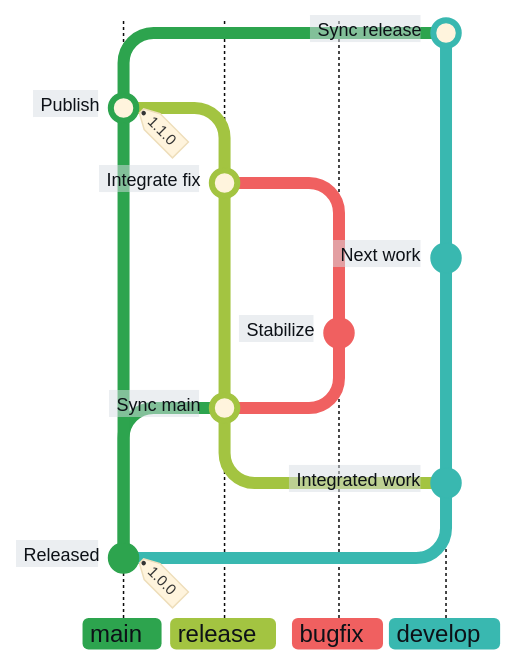
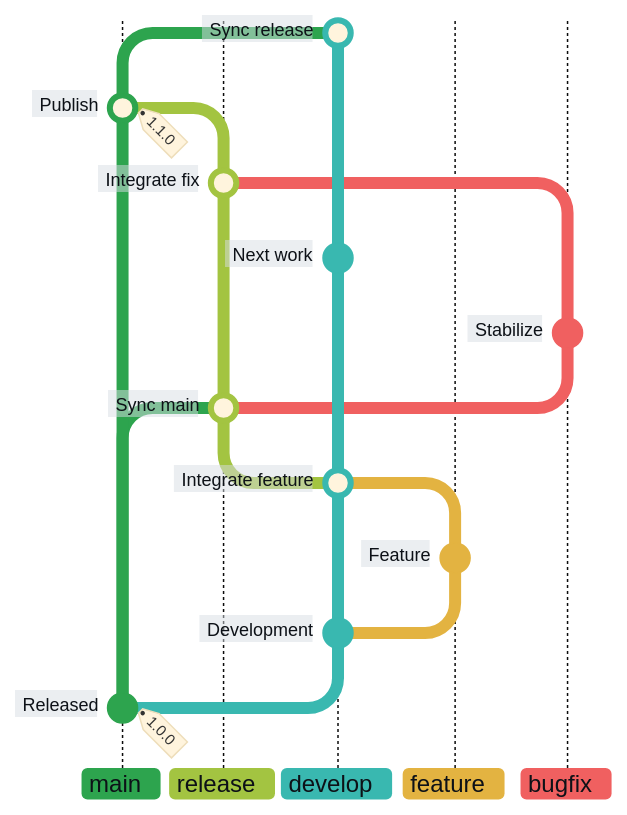
Before and after one commit to superhero/operations.superduper.solutions: the first of 3 diagrams in docs/adr/cicd.md, drawn with Mermaid. The commit also changed other lines of this file, not shown here.

Commit message:
docs: order Gitflow lanes and separate documentation changes

````diff
--- a/docs/adr/cicd.md
+++ b/docs/adr/cicd.md
@@ -73,25 +45,30 @@
 ```mermaid
 %%{init: {"theme": "base", "gitGraph": {"showCommitLabel": true, "rotateCommitLabel": false}, "themeVariables": {
     "commitLabelFontSize": "12px", "commitLabelColor": "#0D1117", "commitLabelBackground": "#D8DEE4",
     "git0": "#2DA44E", "gitBranchLabel0": "#0D1117",
     "git1": "#A3C441", "gitBranchLabel1": "#0D1117",
-    "git2": "#F06060", "gitBranchLabel2": "#0D1117",
-    "git3": "#39B8B0", "gitBranchLabel3": "#0D1117"
+    "git2": "#39B8B0", "gitBranchLabel2": "#0D1117",
+    "git3": "#E3B341", "gitBranchLabel3": "#0D1117",
+    "git4": "#F06060", "gitBranchLabel4": "#0D1117"
 }}}%%
 gitGraph BT:
     commit id: "Released" tag: "1.0.0"
-    branch develop order: 3
-    commit id: "Integrated work"
+    branch develop order: 2
+    commit id: "Development"
+    branch "feature" order: 3
+    commit id: "Feature"
+    checkout develop
+    merge "feature" id: "Integrate feature"
     branch "release" order: 1
     merge main id: "Sync main"
-    branch "bugfix" order: 2
+    branch "bugfix" order: 4
     commit id: "Stabilize"
     checkout develop
     commit id: "Next work"
     checkout "release"
     merge "bugfix" id: "Integrate fix"
     checkout main
     merge "release" id: "Publish" tag: "1.1.0"
     checkout develop
     merge main id: "Sync release"
 ```
````
